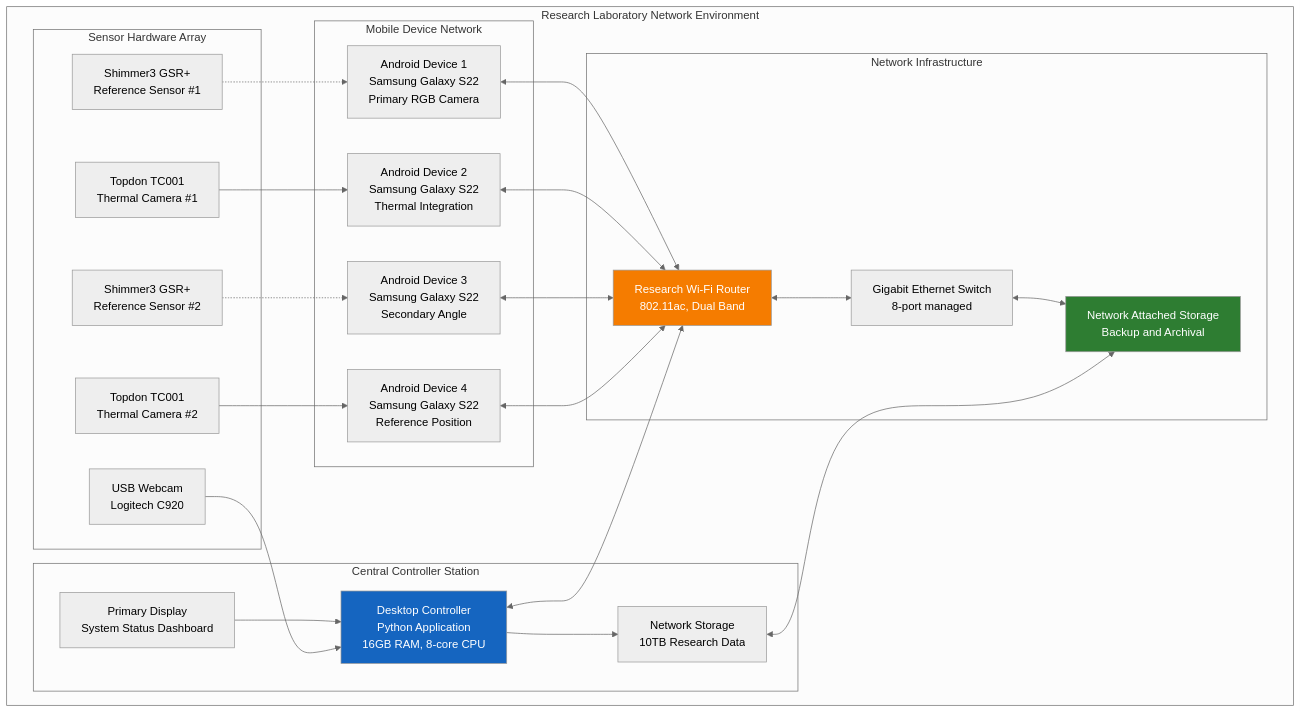
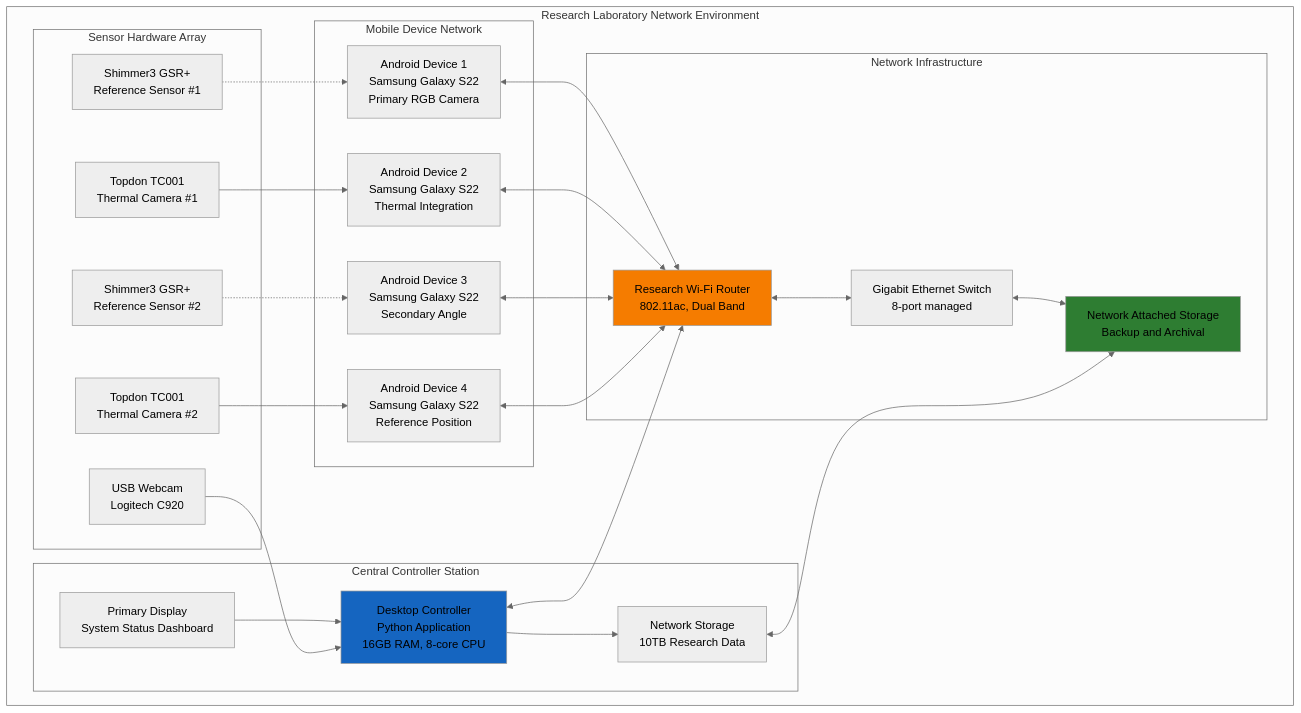
The first of 9 diagrams in docs/thesis_report/draft_0/chapter_7_appendices.md (buccancs/fyp-multi-sensor-recording-system), drawn with Mermaid (neutral theme) before and after one commit. The commit also changed other lines of this file and 56 other files, not shown here.

````diff
--- a/docs/thesis_report/draft_0/chapter_7_appendices.md
+++ b/docs/thesis_report/draft_0/chapter_7_appendices.md
@@ -451,54 +451,54 @@
 ```mermaid
 graph TB
     subgraph "Research Laboratory Network Environment"
         subgraph "Central Controller Station"
             PC[Desktop Controller<br/>Python Application<br/>16GB RAM, 8-core CPU]
             MONITOR[Primary Display<br/>System Status Dashboard]
             STORAGE[Network Storage<br/>10TB Research Data]
         end
         
         subgraph "Mobile Device Network"
             A1[Android Device 1<br/>Samsung Galaxy S22<br/>Primary RGB Camera]
             A2[Android Device 2<br/>Samsung Galaxy S22<br/>Thermal Integration]
             A3[Android Device 3<br/>Samsung Galaxy S22<br/>Secondary Angle]
             A4[Android Device 4<br/>Samsung Galaxy S22<br/>Reference Position]
         end
         
         subgraph "Sensor Hardware Array"
             T1[Topdon TC001<br/>Thermal Camera #1]
             T2[Topdon TC001<br/>Thermal Camera #2]
             S1[Shimmer3 GSR+<br/>Reference Sensor #1]
             S2[Shimmer3 GSR+<br/>Reference Sensor #2]
             W1[USB Webcam<br/>Logitech C920]
         end
         
         subgraph "Network Infrastructure"
             ROUTER[Research Wi-Fi Router<br/>802.11ac, Dual Band]
             SWITCH[Gigabit Ethernet Switch<br/>8-port managed]
             NAS[Network Attached Storage<br/>Backup and Archival]
         end
     end
     
     PC <--> ROUTER
     MONITOR --> PC
     PC --> STORAGE
     
     A1 <--> ROUTER
     A2 <--> ROUTER
     A3 <--> ROUTER
     A4 <--> ROUTER
     
     T1 --> A2
     T2 --> A4
     S1 -.-> A1
     S2 -.-> A3
     W1 --> PC
     
     ROUTER <--> SWITCH
     SWITCH <--> NAS
     STORAGE <--> NAS
     
-    style PC fill:#1565c0,color:#ffffff
-    style ROUTER fill:#f57c00,color:#ffffff
-    style NAS fill:#2e7d32,color:#ffffff
+    style PC fill:#1565c0,colour:#ffffff
+    style ROUTER fill:#f57c00,colour:#ffffff
+    style NAS fill:#2e7d32,colour:#ffffff
 ```
````
